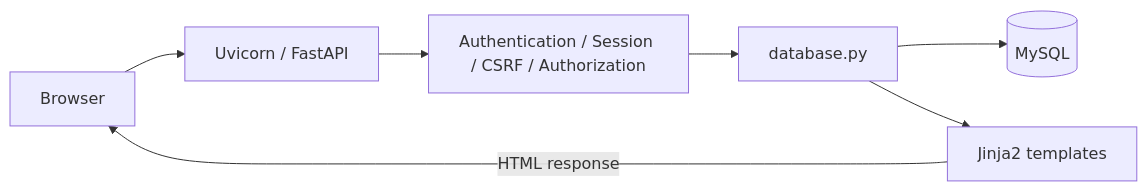
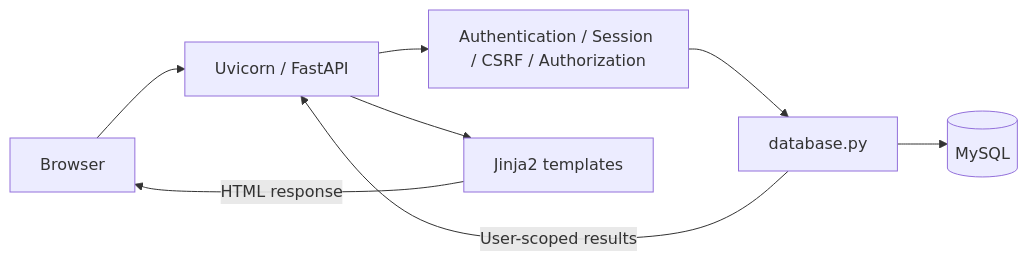
Before and after one commit to Mayoi-Shigure/MemoVault: the first of 3 diagrams in README.md, drawn with Mermaid. The commit also changed other lines of this file and 3 other files, not shown here.

````diff
--- a/README.md
+++ b/README.md
@@ -41,9 +43,10 @@
 ```mermaid
 flowchart LR
     Browser[Browser] --> App[Uvicorn / FastAPI]
     App --> Guards[Authentication / Session / CSRF / Authorization]
     Guards --> Data[database.py]
     Data --> DB[(MySQL)]
-    Data --> Views[Jinja2 templates]
+    Data -->|User-scoped results| App
+    App --> Views[Jinja2 templates]
     Views -->|HTML response| Browser
 ```
````
